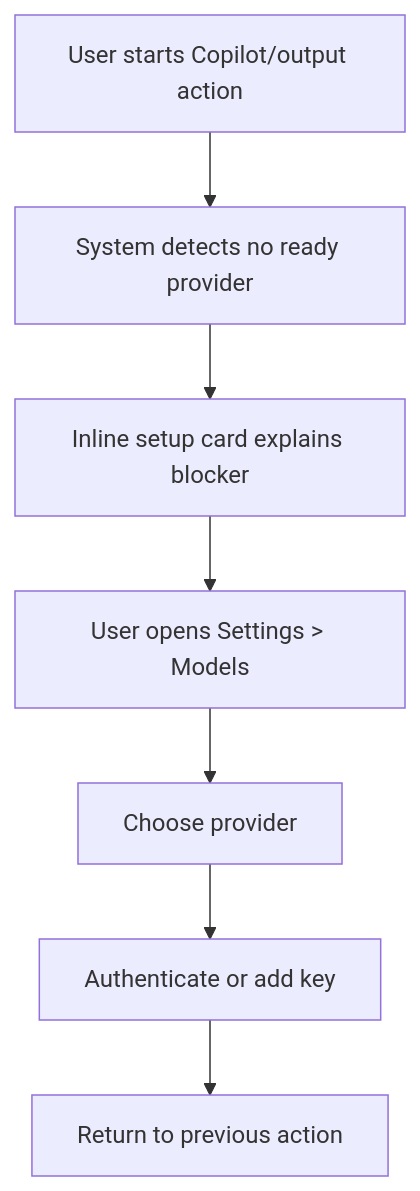
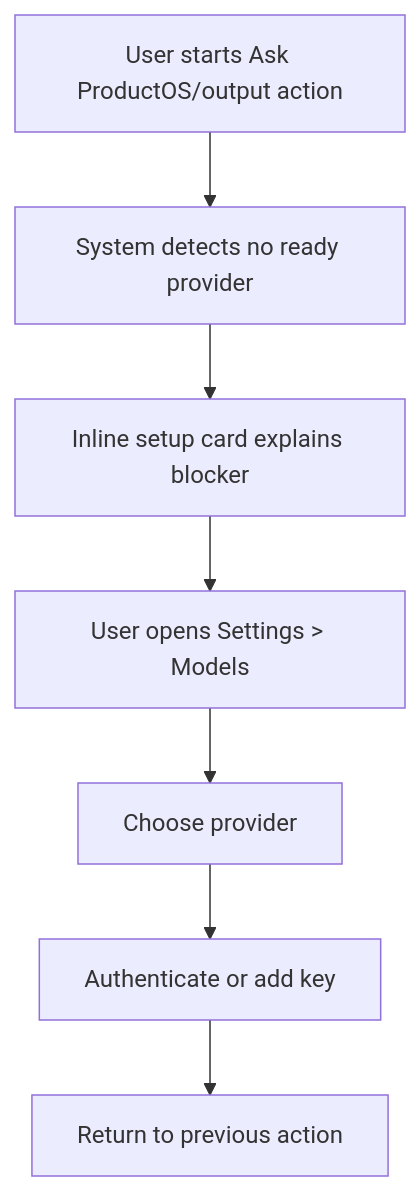
One commit to AIResearchFactory/productOS changed the fourth of 5 diagrams in docs/features/ux/productos-simplified-user-journeys.md. Above: the diagram before and after it, drawn with Mermaid. The commit also changed other lines of this file and 8 other files, not shown here.

Commit message:
refactor: rename Copilot to ProductOS across UX documentation and layout specifications

````diff
--- a/docs/features/ux/productos-simplified-user-journeys.md
+++ b/docs/features/ux/productos-simplified-user-journeys.md
@@ -191,9 +191,9 @@
 ```mermaid
 flowchart TD
-  A[User starts Copilot/output action] --> B[System detects no ready provider]
+  A[User starts Ask ProductOS/output action] --> B[System detects no ready provider]
   B --> C[Inline setup card explains blocker]
   C --> D[User opens Settings > Models]
   D --> E[Choose provider]
   E --> F[Authenticate or add key]
   F --> G[Return to previous action]
 ```
````
